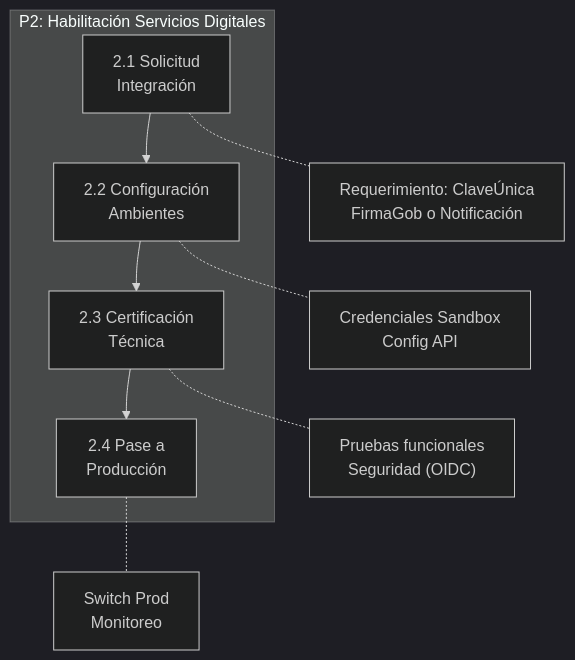
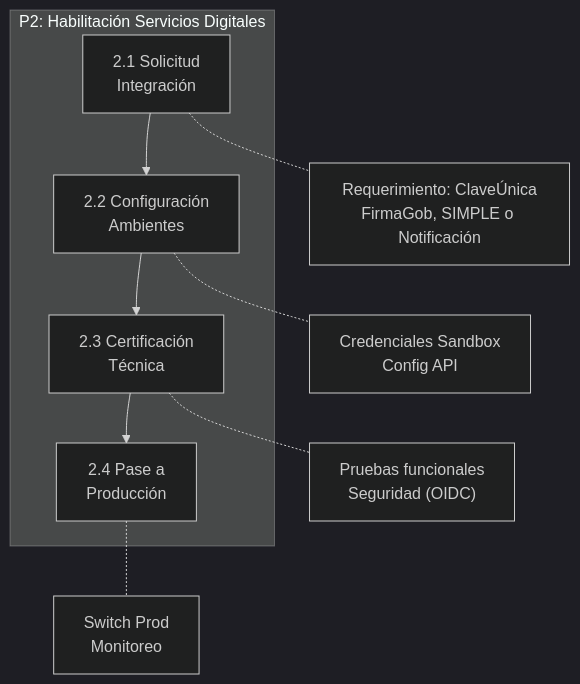
The fourth of 8 diagrams in docs/blueprint/domains/domain_d-tde.md (felix-antonio-sl/gore_os), drawn with Mermaid (dark theme) before and after one commit. The commit also changed other lines of this file and 26 other files, not shown here.

````diff
--- a/docs/blueprint/domains/domain_d-tde.md
+++ b/docs/blueprint/domains/domain_d-tde.md
@@ -210,16 +325,16 @@
 ```mermaid
 flowchart TB
     subgraph P2["P2: Habilitación Servicios Digitales"]
         P2_1["2.1 Solicitud<br/>Integración"]
         P2_2["2.2 Configuración<br/>Ambientes"]
         P2_3["2.3 Certificación<br/>Técnica"]
         P2_4["2.4 Pase a<br/>Producción"]
     end
 
     P2_1 --> P2_2 --> P2_3 --> P2_4
 
-    P2_1 -.- N1["Requerimiento: ClaveÚnica<br/>FirmaGob o Notificación"]
+    P2_1 -.- N1["Requerimiento: ClaveÚnica<br/>FirmaGob, SIMPLE o Notificación"]
     P2_2 -.- N2["Credenciales Sandbox<br/>Config API"]
     P2_3 -.- N3["Pruebas funcionales<br/>Seguridad (OIDC)"]
     P2_4 -.- N4["Switch Prod<br/>Monitoreo"]
 ```
````
